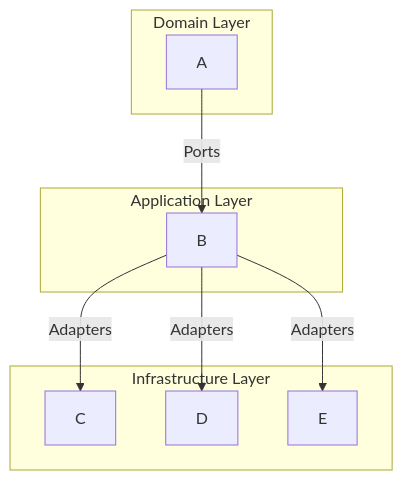
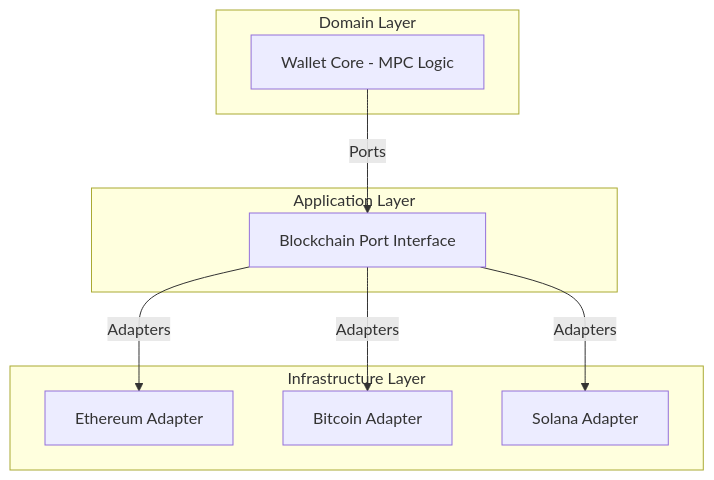
The first of 5 diagrams in Workplace/Interview/Blockchain/Posts/MPCWalletEngineer/Architecture/LinerSDR.md (ljg-cqu/knowledge), drawn with Mermaid before and after one commit. The commit also changed other lines of this file and 12 other files, not shown here.

First line of the commit message:
Refactor MPC Wallet Architecture Documentation

````diff
--- a/Workplace/Interview/Blockchain/Posts/MPCWalletEngineer/Architecture/LinerSDR.md
+++ b/Workplace/Interview/Blockchain/Posts/MPCWalletEngineer/Architecture/LinerSDR.md
@@ -69,18 +137,34 @@
 ```mermaid
+
 graph TD
     subgraph Infrastructure Layer
-        C
-        D
-        E
+        C[Ethereum Adapter]
+        D[Bitcoin Adapter]
+        E[Solana Adapter]
     end
     subgraph Application Layer
-        B
+        B[Blockchain Port Interface]
     end
     subgraph Domain Layer
-        A
+        A[Wallet Core - MPC Logic]
     end
     A -- Ports --> B
     B -- Adapters --> C
     B -- Adapters --> D
     B -- Adapters --> E
+
+
+
+
+
+
+
+
+
+
+
+
+
+
+
 ```
````
